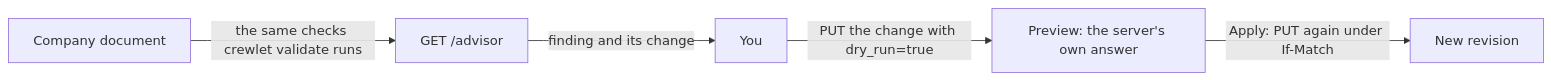
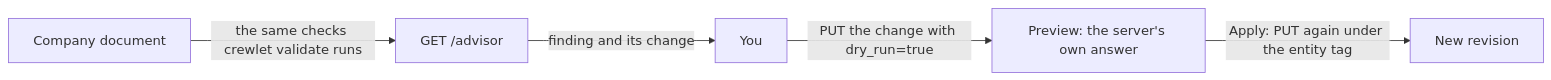
Before and after one commit to crewlet/crewlet: the diagram in docs/guides/advisor.md, drawn with Mermaid. The commit also changed other lines of this file and 6 other files, not shown here.

Commit message:
docs(advisor): a change is sent under the entity's own tag

````diff
--- a/docs/guides/advisor.md
+++ b/docs/guides/advisor.md
@@ -5,7 +5,7 @@
 ```mermaid
 flowchart LR
   D[Company document] -->|the same checks crewlet validate runs| A[GET /advisor]
   A -->|finding and its change| Y[You]
   Y -->|PUT the change with dry_run=true| P[Preview: the server's own answer]
-  P -->|Apply: PUT again under If-Match| C[New revision]
+  P -->|Apply: PUT again under the entity tag| C[New revision]
 ```
````
